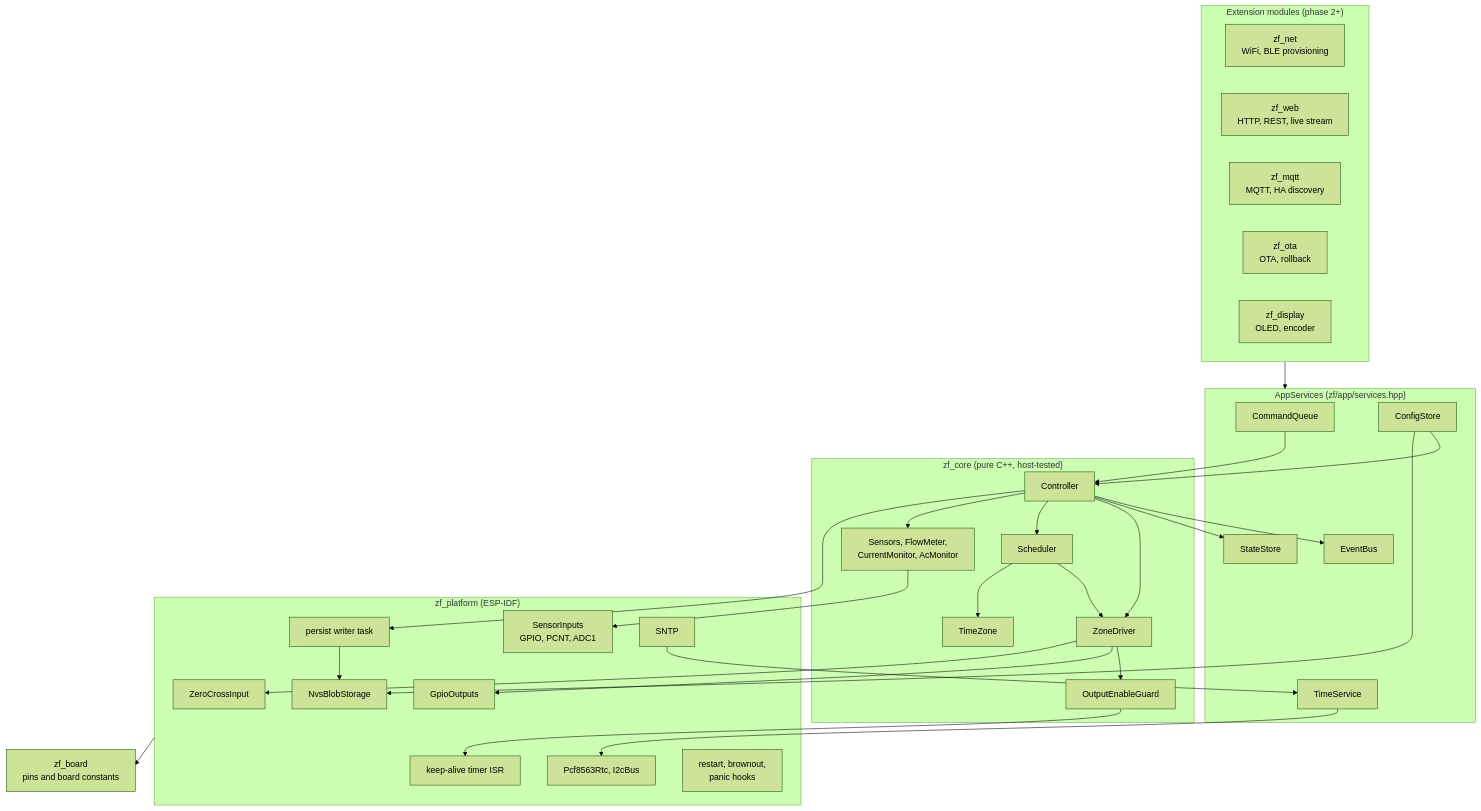
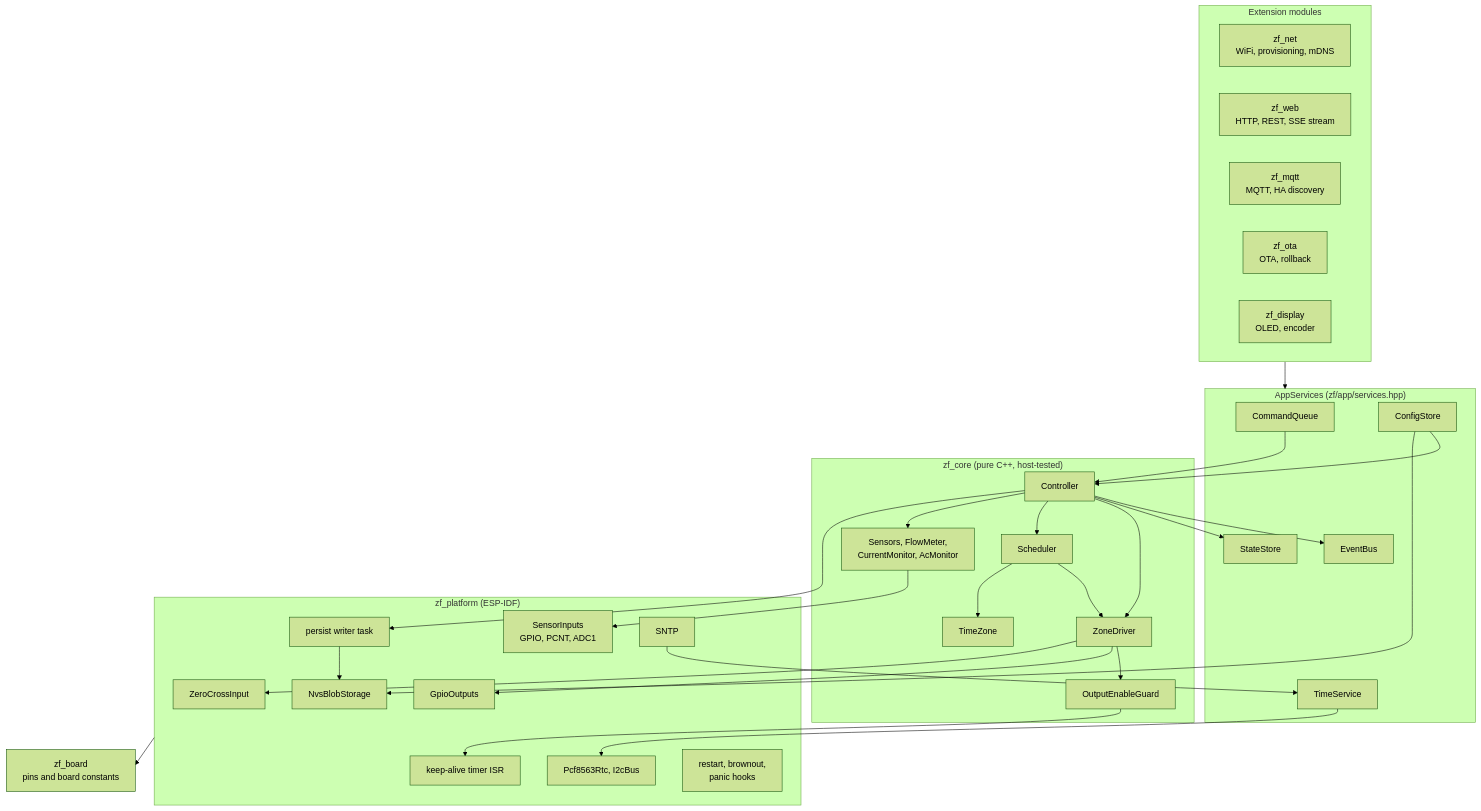
Before and after one commit to syntroniks/zoneflow: the diagram in docs/design/firmware-architecture.md, drawn with Mermaid (forest theme). The commit also changed other lines of this file and 57 other files, not shown here.

First line of the commit message:
feat(fw): add network, rest api and ota modules (phase 2) (#19)

````diff
--- a/docs/design/firmware-architecture.md
+++ b/docs/design/firmware-architecture.md
@@ -16,63 +20,63 @@
 ```mermaid
 flowchart TB
-    subgraph ext["Extension modules (phase 2+)"]
-        net[zf_net<br/>WiFi, BLE provisioning]
-        web[zf_web<br/>HTTP, REST, live stream]
+    subgraph ext["Extension modules"]
+        net[zf_net<br/>WiFi, provisioning, mDNS]
+        web[zf_web<br/>HTTP, REST, SSE stream]
         mqtt[zf_mqtt<br/>MQTT, HA discovery]
         ota[zf_ota<br/>OTA, rollback]
         disp[zf_display<br/>OLED, encoder]
     end
 
     subgraph svc["AppServices (zf/app/services.hpp)"]
         cmdq[CommandQueue]
         bus[EventBus]
         state[StateStore]
         cfg[ConfigStore]
         time[TimeService]
     end
 
     subgraph core["zf_core (pure C++, host-tested)"]
         ctrl[Controller]
         drv[ZoneDriver]
         sched[Scheduler]
         diag[Sensors, FlowMeter,<br/>CurrentMonitor, AcMonitor]
         oeg[OutputEnableGuard]
         tz[TimeZone]
     end
 
     subgraph plat["zf_platform (ESP-IDF)"]
         gpio[GpioOutputs]
         ka[keep-alive timer ISR]
         zc[ZeroCrossInput]
         pw[persist writer task]
         sens[SensorInputs<br/>GPIO, PCNT, ADC1]
         nvs[NvsBlobStorage]
         rtc[Pcf8563Rtc, I2cBus]
         sntp[SNTP]
         safe[restart, brownout,<br/>panic hooks]
     end
 
     board[zf_board<br/>pins and board constants]
 
     ext --> svc
     cmdq --> ctrl
     ctrl --> bus
     ctrl --> state
     cfg --> ctrl
     ctrl --> drv
     ctrl --> sched
     ctrl --> diag
     sched --> drv
     sched --> tz
     drv --> oeg
     drv --> gpio
     drv --> zc
     ctrl --> pw
     pw --> nvs
     oeg --> ka
     diag --> sens
     cfg --> nvs
     time --> rtc
     sntp --> time
     plat --> board
 ```
````
